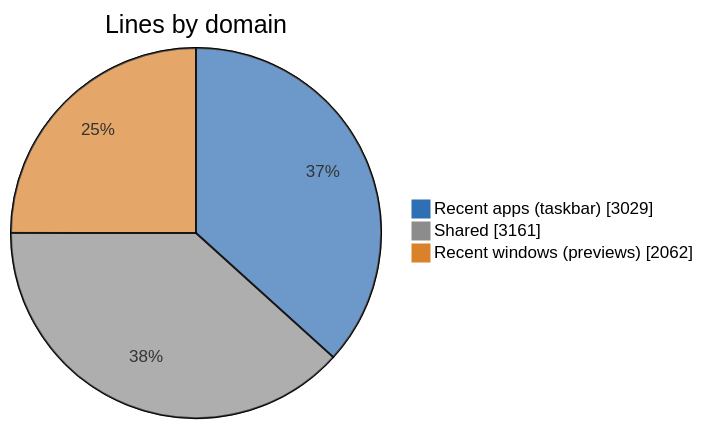
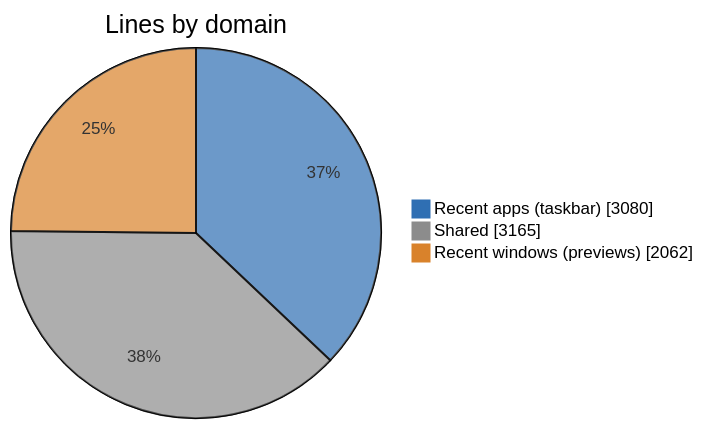
The first of 5 diagrams in doc/code/code-breakdown.md (jvlasek/taskbar-recent-focus-highlight), drawn with Mermaid before and after one commit. The commit also changed other lines of this file and 5 other files, not shown here.

````diff
--- a/doc/code/code-breakdown.md
+++ b/doc/code/code-breakdown.md
@@ -15,7 +15,7 @@
 ```mermaid
 %%{init: {"themeVariables": {"pie1": "#2F6FB3", "pie2": "#8C8C8C", "pie3": "#D9822B", "pieOuterStrokeWidth": "1px"}}}%%
 pie showData title Lines by domain
-    "Recent apps (taskbar)" : 3029
-    "Shared" : 3161
+    "Recent apps (taskbar)" : 3080
+    "Shared" : 3165
     "Recent windows (previews)" : 2062
 ```
````
